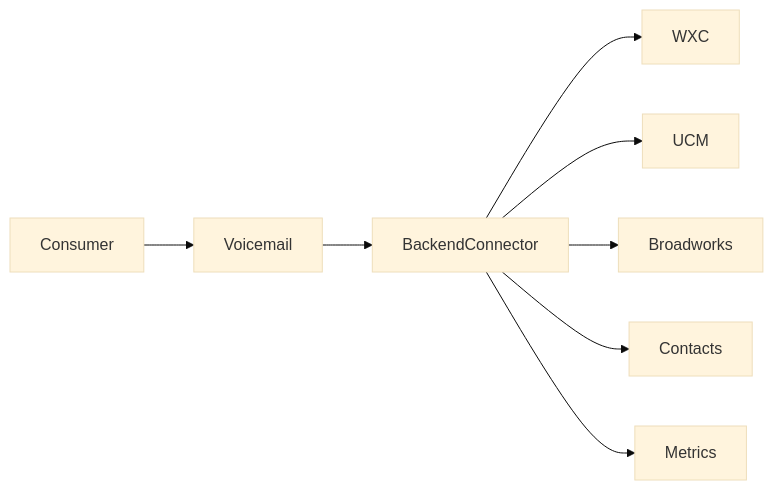
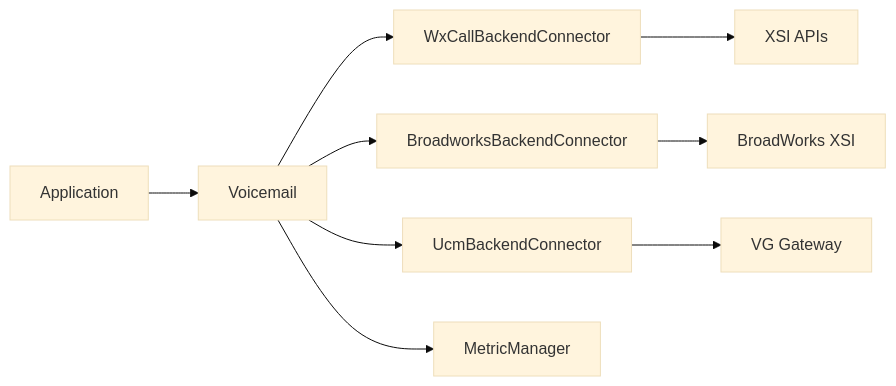
Before and after one commit to webex/webex-js-sdk: the sixth of 6 diagrams in packages/calling/src/Voicemail/ai-docs/voicemail-spec.md, drawn with Mermaid (base theme). The commit also changed other lines of this file and 59 other files, not shown here.

````diff
--- a/packages/calling/src/Voicemail/ai-docs/voicemail-spec.md
+++ b/packages/calling/src/Voicemail/ai-docs/voicemail-spec.md
@@ -66,9 +528,11 @@
 ```mermaid
 flowchart LR
- Consumer --> Voicemail --> BackendConnector
- BackendConnector --> WXC
- BackendConnector --> UCM
- BackendConnector --> Broadworks
- BackendConnector --> Contacts
- BackendConnector --> Metrics
+  App[Application] --> Facade[Voicemail]
+  Facade --> WXC[WxCallBackendConnector]
+  Facade --> BW[BroadworksBackendConnector]
+  Facade --> UCM[UcmBackendConnector]
+  WXC --> XSI[XSI APIs]
+  BW --> BWXSI[BroadWorks XSI]
+  UCM --> Gateway[VG Gateway]
+  Facade --> Metrics[MetricManager]
 ```
````
